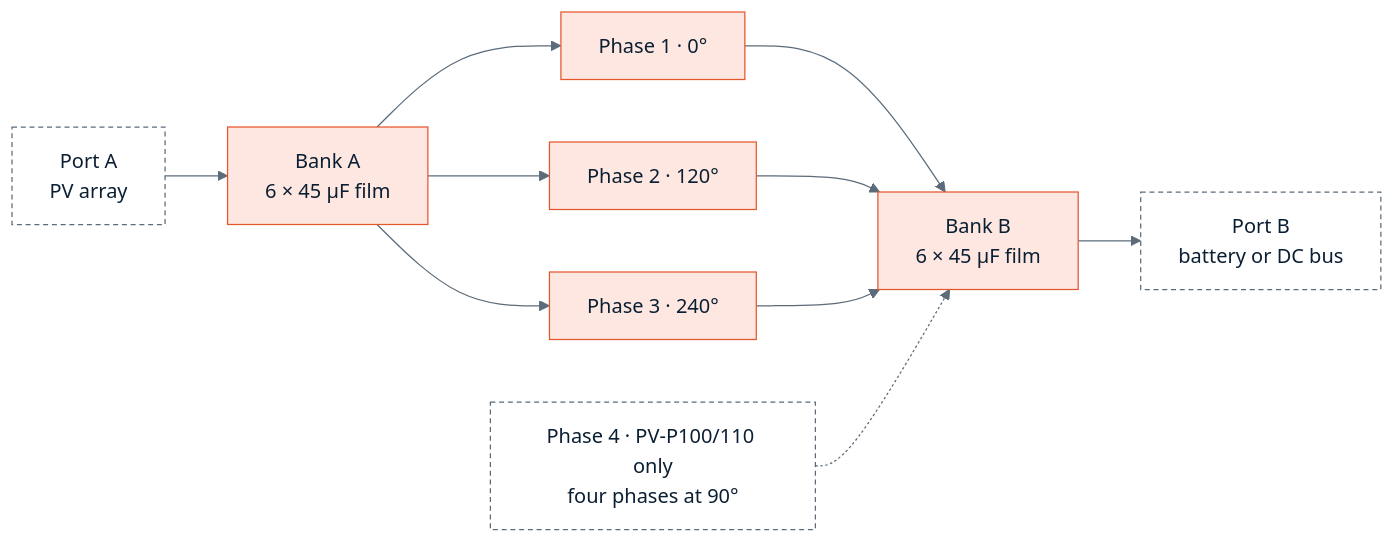
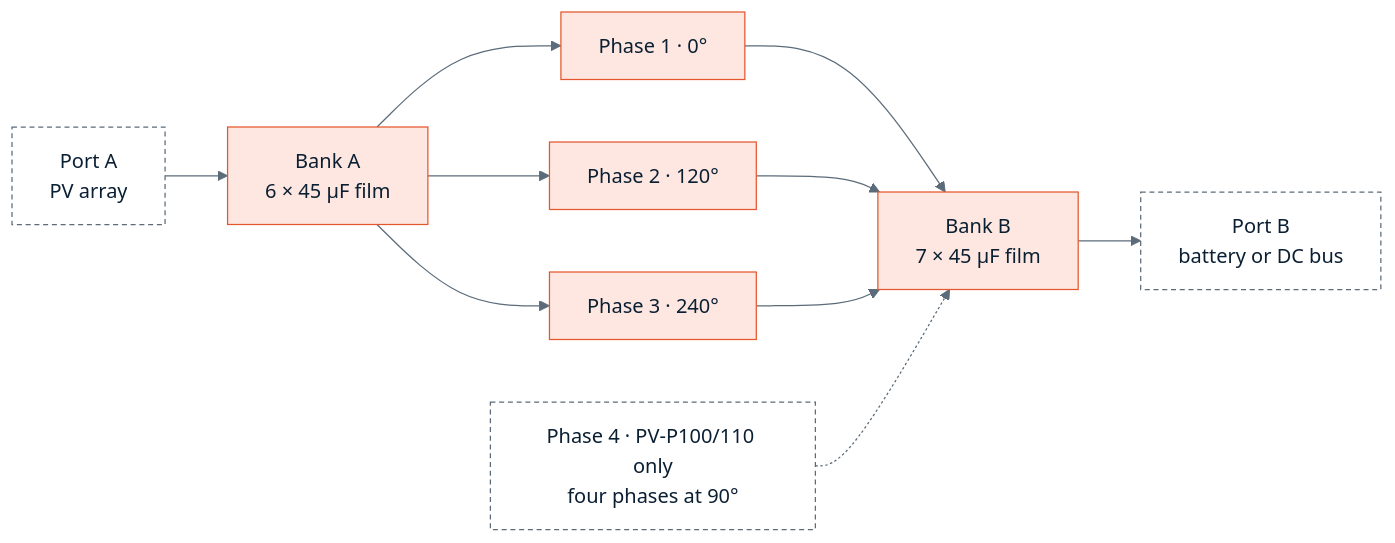
Before and after one commit to vectivolt/PCM: the second of 3 diagrams in docs/guide/03-power-stage.md, drawn with Mermaid. The commit also changed other lines of this file and 161 other files, not shown here.

````diff
--- a/docs/guide/03-power-stage.md
+++ b/docs/guide/03-power-stage.md
@@ -60,15 +60,15 @@
 ```mermaid
 %%{init: {"theme": "base", "themeVariables": {"primaryColor": "#EEF3F7", "primaryBorderColor": "#0B1F33", "primaryTextColor": "#0B1F33", "lineColor": "#5B6B7A", "secondaryColor": "#D9F2EF", "tertiaryColor": "#FFF4D6", "fontFamily": "Inter, Helvetica, Arial, sans-serif"}}}%%
 flowchart LR
     A["Port A<br/>PV array"]:::ext --> BA["Bank A<br/>6 × 45 µF film"]:::live
     BA --> P1["Phase 1 · 0°"]:::live
     BA --> P2["Phase 2 · 120°"]:::live
     BA --> P3["Phase 3 · 240°"]:::live
-    P1 --> BB["Bank B<br/>6 × 45 µF film"]:::live
+    P1 --> BB["Bank B<br/>7 × 45 µF film"]:::live
     P2 --> BB
     P3 --> BB
     BB --> B["Port B<br/>battery or DC bus"]:::ext
     P4["Phase 4 · PV-P100/110 only<br/>four phases at 90°"]:::ext -.-> BB
     classDef live fill:#FDE7E0,stroke:#E4572E,color:#0B1F33
     classDef ext fill:#FFFFFF,stroke:#5B6B7A,stroke-dasharray:4 3
 ```
````
